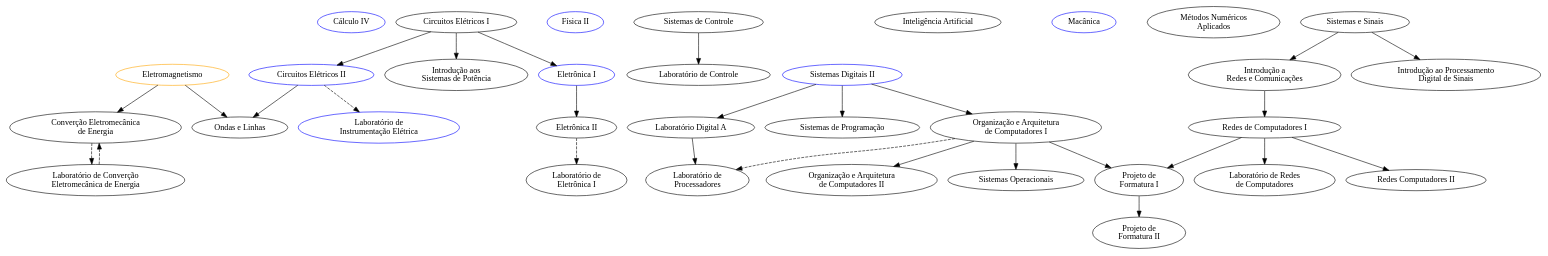
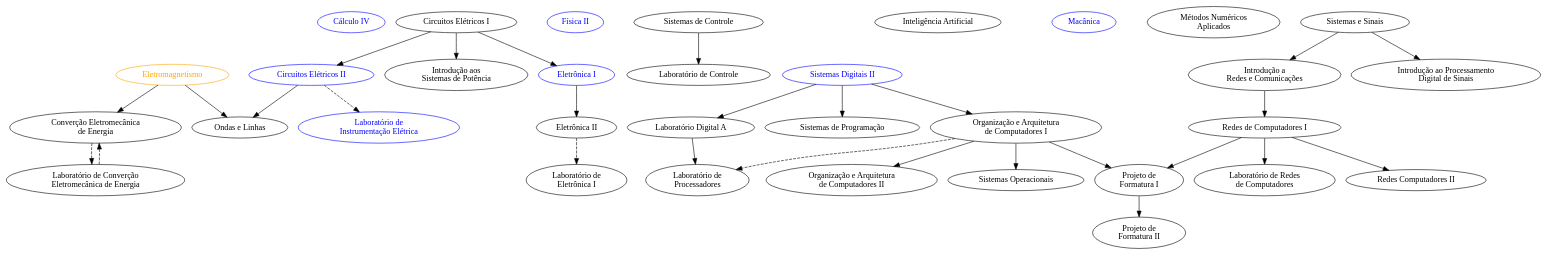
One commit to nmcardoso/poli changed the diagram in materias/materias.gv. Above: the diagram before and after it, drawn with Graphviz. The commit also changed 1 other file, not shown here.

```diff
--- a/materias/materias.gv
+++ b/materias/materias.gv
@@ -1,94 +1,94 @@
 digraph g {
 	# 2021/02
-	MAT2456 [label="Cálculo IV", color="blue"];
-	PSI3213 [label="Circuitos Elétricos II", color="blue"];
-	PSI3214 [label="Laboratório de \n Instrumentação Elétrica", color="blue"];
-	4323102 [label="Física II", color="blue"];
+	MAT2456 [label="Cálculo IV", color="blue", fontcolor="blue"];
+	PSI3213 [label="Circuitos Elétricos II", color="blue", fontcolor="blue"];
+	PSI3214 [label="Laboratório de \n Instrumentação Elétrica", color="blue", fontcolor="blue"];
+	4323102 [label="Física II", color="blue", fontcolor="blue"];
 	PTC3313 [label="Sistemas de Controle"];
 	PCS3438 [label="Inteligência Artificial"];
-	PME3100 [label="Macânica", color="blue"];
+	PME3100 [label="Macânica", color="blue", fontcolor="blue"];
 	
 	
 	# 2022/01
 	MAP3121 [label="Métodos Numéricos\n Aplicados"];
 
 
 	# 2021/01
 	PSI3211 [label="Circuitos Elétricos I"];
-	PTC3213 [label="Eletromagnetismo", color="orange"];
-	PCS3225 [label="Sistemas Digitais II", color="blue"];
+	PTC3213 [label="Eletromagnetismo", color="orange", fontcolor="orange"];
+	PCS3225 [label="Sistemas Digitais II", color="blue", fontcolor="blue"];
 	
 	
 	# 2022/01
 	PEA3301 [label="Introdução aos\n Sistemas de Potência"];
 	PCS3412 [label="Organização e Arquitetura\n de Computadores I"];
 	PCS3335 [label="Laboratório Digital A"];
-	PSI3321 [label="Eletrônica I", color="blue"];
+	PSI3321 [label="Eletrônica I", color="blue", fontcolor="blue"];
 	PTC3307 [label="Sistemas e Sinais"];
 	PEA3306 [label="Converção Eletromecânica\n de Energia"];
 	PEA3311 [label="Laboratório de Converção\n Eletromecânica de Energia"];
 	
 	
 	# 2022/02
 	PSI3322 [label="Eletrônica II"];
 	PSI3323 [label="Laboratório de\n Eletrônica I"];
 	PTC3312 [label="Laboratório de Controle"];
 	PTC3314 [label="Ondas e Linhas"];
 	PTC3361 [label="Introdução ao Processamento\n Digital de Sinais"];
 	PTC3360 [label="Introdução a\n Redes e Comunicações"];
 	PCS3422 [label="Organização e Arquitetura\n de Computadores II"];
 	PCS3446 [label="Sistemas Operacionais"];
 	
 	
 	# 2023/01
 	PCS3216 [label="Sistemas de Programação"];
 	PCS3432 [label="Laboratório de\n Processadores"];
 	PCS3414 [label="Redes de Computadores I"];
 	PCS3434 [label="Laboratório de Redes\n de Computadores"];
 	PCS3550 [label="Projeto de\n Formatura I"];
 	#M1 [label="Módulo I"];
 	#M2 [label="Módulo II"];
 	#M3 [label="Módulo III"];
 	#PCS3567 [label="Estágio Supervisionado"];
 	
 	
 	# 2023/02
 	PCS3424 [label="Redes Computadores II"];
 	PCS3560 [label="Projeto de\n Formatura II"];
 	#M4 [label="Módulo IV"];
 	#M5 [label="Módulo V"];
 	#M6 [label="Módulo VI"];
 	#PCS3577 [label="Estágio Supervisionado II"];
 	
 	
 	
 	PSI3211 -> {PSI3213};
 	PSI3213 -> PSI3214 [style="dashed"];
 	
 	PCS3225 -> PCS3412;
 	PCS3225 -> PCS3335;
 	PSI3211 -> PSI3321;
 	PTC3213 -> PEA3306;
 	PEA3311 -> PEA3306 [style="dashed"];
 	PEA3306 -> PEA3311 [style="dashed"];
 	
 	PSI3211 -> PEA3301;
 	PSI3321 -> PSI3322;
 	PSI3322 -> PSI3323[style="dashed"];
 	PTC3313 -> PTC3312;
 	{PSI3213, PTC3213} -> PTC3314;
 	PTC3307 -> PTC3361;
 	PTC3307 -> PTC3360;
 	PCS3412 -> PCS3422;
 	PCS3412 -> PCS3446;
 	
 	PCS3225 -> PCS3216;
 	PCS3335 -> PCS3432;
 	PCS3412 -> PCS3432 [style="dashed"];
 	PTC3360 -> PCS3414;
 	PCS3414 -> PCS3434;
 	{PCS3414, PCS3412} -> PCS3550;
 	
 	PCS3414 -> PCS3424;
 	PCS3550 -> PCS3560;
 }
```
